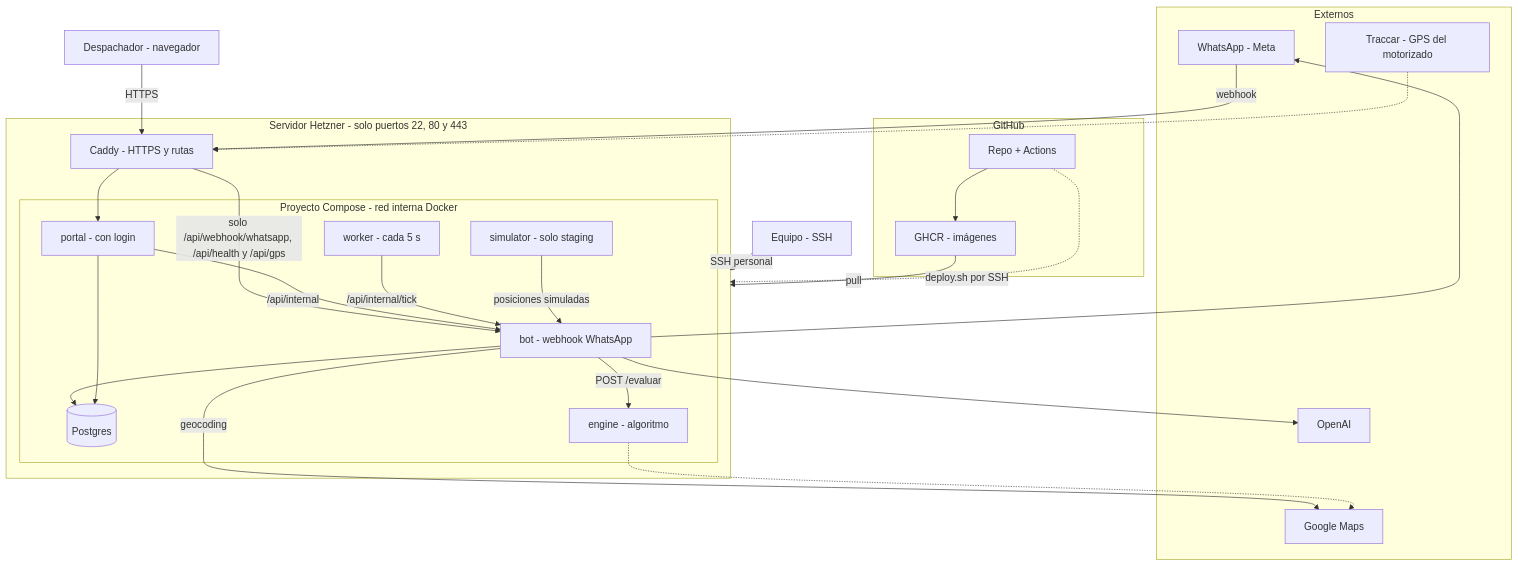
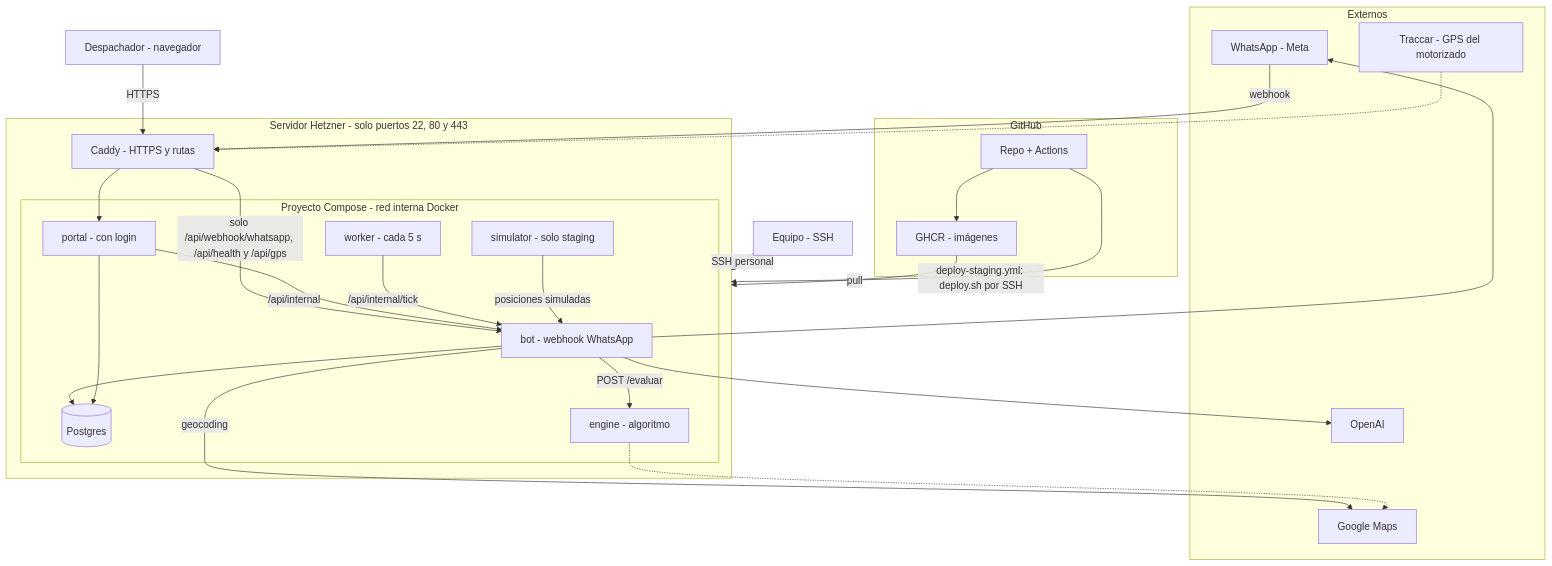
Before and after one commit to clapi-labs/clapi-dispatch: the first of 7 diagrams in docs/INFRAESTRUCTURA.md, drawn with Mermaid. The commit also changed other lines of this file and 4 other files, not shown here.

Commit message:
CD a staging: desplegar por SSH al publicar las imágenes de dev, con comprobación de salud y despliegue manual por hash (#81)

````diff
--- a/docs/INFRAESTRUCTURA.md
+++ b/docs/INFRAESTRUCTURA.md
@@ -27,54 +27,54 @@
 ```mermaid
 flowchart TB
     subgraph Externos
         WA[WhatsApp - Meta]
         OAI[OpenAI]
         GM[Google Maps]
         TR[Traccar - GPS del motorizado]
     end
 
     DESP[Despachador - navegador]
     DEV[Equipo - SSH]
 
     subgraph GH[GitHub]
         REPO[Repo + Actions]
         GHCR[GHCR - imágenes]
     end
 
     subgraph VPS[Servidor Hetzner - solo puertos 22, 80 y 443]
         CADDY[Caddy - HTTPS y rutas]
 
         subgraph STG[Proyecto Compose - red interna Docker]
             BOT[bot - webhook WhatsApp]
             PORTAL[portal - con login]
             WORKER[worker - cada 5 s]
             PG[(Postgres)]
             ENGINE[engine - algoritmo]
             SIM[simulator - solo staging]
         end
     end
 
     WA -- webhook --> CADDY
     TR -.-> CADDY
     DESP -- HTTPS --> CADDY
     CADDY -- "solo /api/webhook/whatsapp, /api/health y /api/gps" --> BOT
     CADDY --> PORTAL
 
     BOT --> WA
     BOT --> OAI
     BOT -- geocoding --> GM
     BOT --> PG
     PORTAL --> PG
     PORTAL -- "/api/internal" --> BOT
     WORKER -- "/api/internal/tick" --> BOT
     BOT -- "POST /evaluar" --> ENGINE
     SIM -- "posiciones simuladas" --> BOT
     ENGINE -.-> GM
 
     REPO --> GHCR
     GHCR -- pull --> VPS
-    REPO -. "deploy.sh por SSH" .-> VPS
+    REPO -- "deploy-staging.yml: deploy.sh por SSH" --> VPS
     DEV -- "SSH personal" --> VPS
 
     classDef pendiente stroke-dasharray: 5 5
 ```
````
